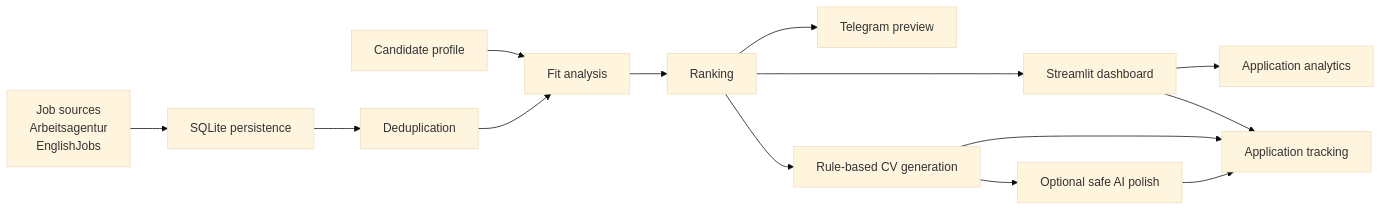
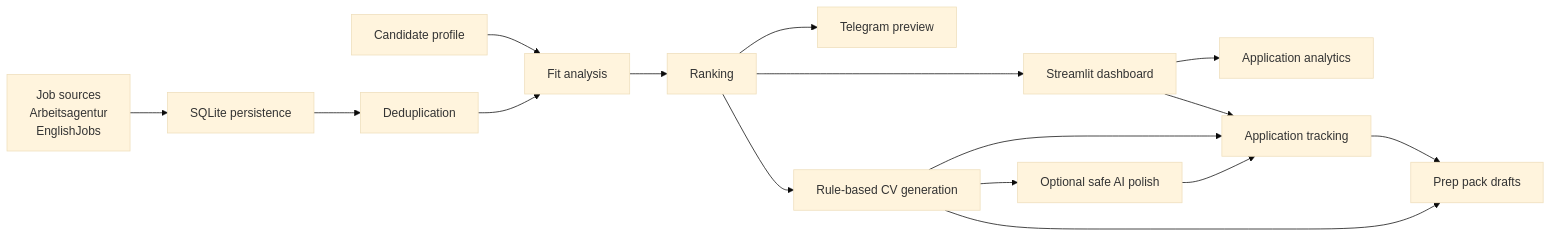
One commit to de-himanshu19/AI_JOB_HUNT_PLATFORM changed the first of 2 diagrams in README.md. Above: the diagram before and after it, drawn with Mermaid (base theme). The commit also changed other lines of this file and 12 other files, not shown here.

````diff
--- a/README.md
+++ b/README.md
@@ -34,16 +34,18 @@
 ```mermaid
 flowchart LR
     Profile["Candidate profile"] --> Analysis["Fit analysis"]
     Sources["Job sources<br/>Arbeitsagentur<br/>EnglishJobs"] --> SQLite["SQLite persistence"]
     SQLite --> Dedup["Deduplication"]
     Dedup --> Analysis
     Analysis --> Ranking["Ranking"]
     Ranking --> Dashboard["Streamlit dashboard"]
     Ranking --> Notify["Telegram preview"]
     Ranking --> CV["Rule-based CV generation"]
     Dashboard --> Analytics["Application analytics"]
     Dashboard --> Tracking["Application tracking"]
+    Tracking --> Prep["Prep pack drafts"]
+    CV --> Prep
     CV --> Tracking
     CV --> AI["Optional safe AI polish"]
     AI --> Tracking
 ```
````
